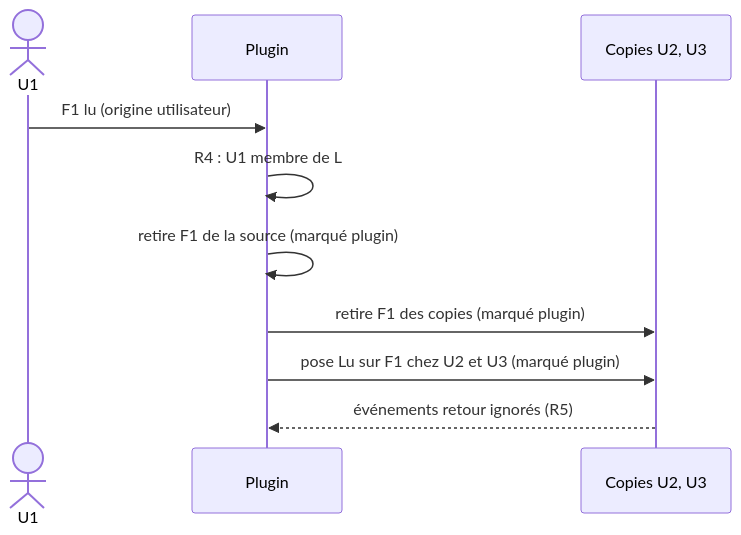
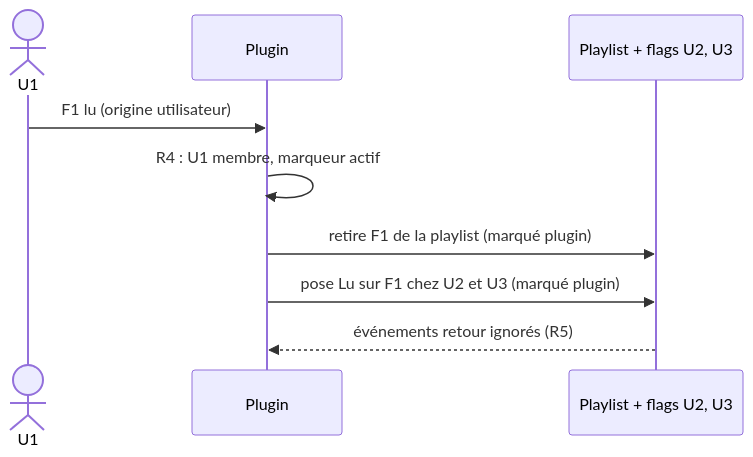
One commit to CCoupel/Emby_PlaySync changed the second of 5 diagrams in docs/chronogrammes.md. Above: the diagram before and after it, drawn with Mermaid. The commit also changed other lines of this file and 1 other file, not shown here.

Commit message:
docs: aligne la spec et le README sur le marqueur propager-lu et l'avancement (#17, #48)

````diff
--- a/docs/chronogrammes.md
+++ b/docs/chronogrammes.md
@@ -111,12 +142,11 @@
 ```mermaid
 sequenceDiagram
     actor U1
     participant P as Plugin
-    participant C as Copies U2, U3
+    participant M as Playlist + flags U2, U3
     U1->>P: F1 lu (origine utilisateur)
-    P->>P: R4 : U1 membre de L
-    P->>P: retire F1 de la source (marqué plugin)
-    P->>C: retire F1 des copies (marqué plugin)
-    P->>C: pose Lu sur F1 chez U2 et U3 (marqué plugin)
-    C-->>P: événements retour ignorés (R5)
+    P->>P: R4 : U1 membre, marqueur actif
+    P->>M: retire F1 de la playlist (marqué plugin)
+    P->>M: pose Lu sur F1 chez U2 et U3 (marqué plugin)
+    M-->>P: événements retour ignorés (R5)
 ```
````
